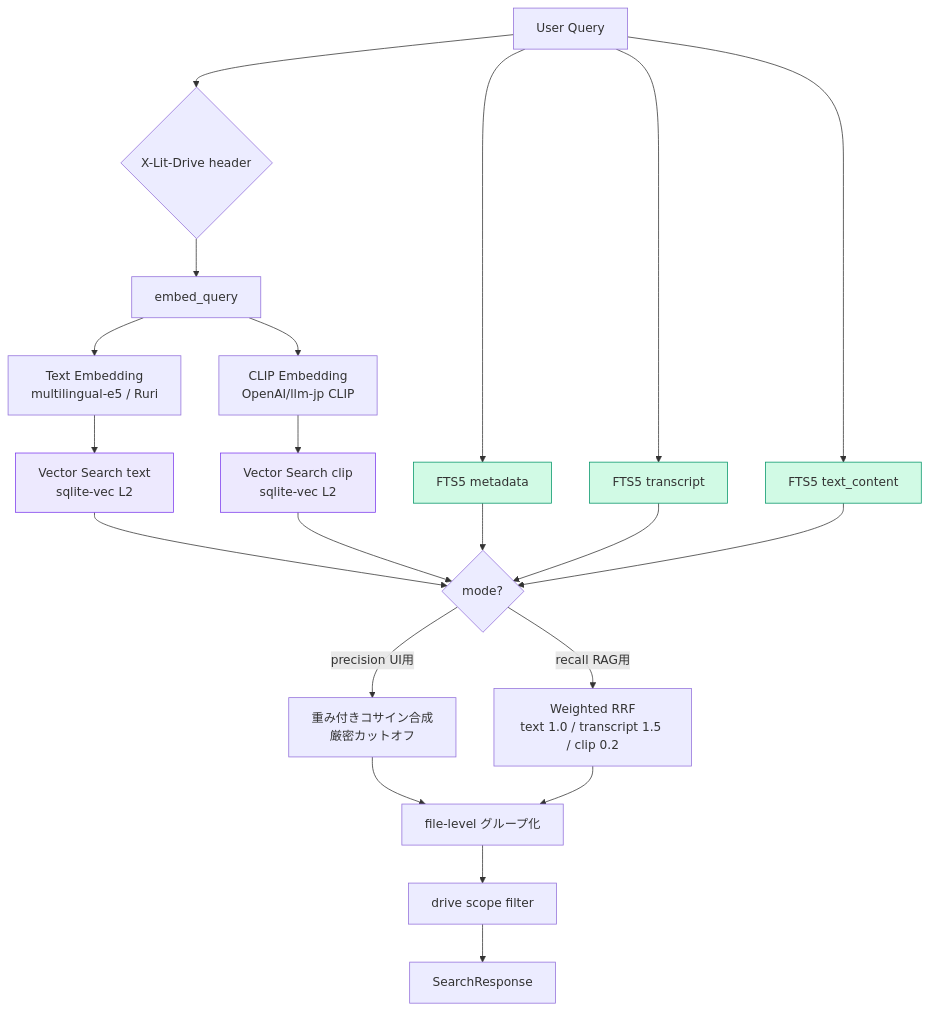
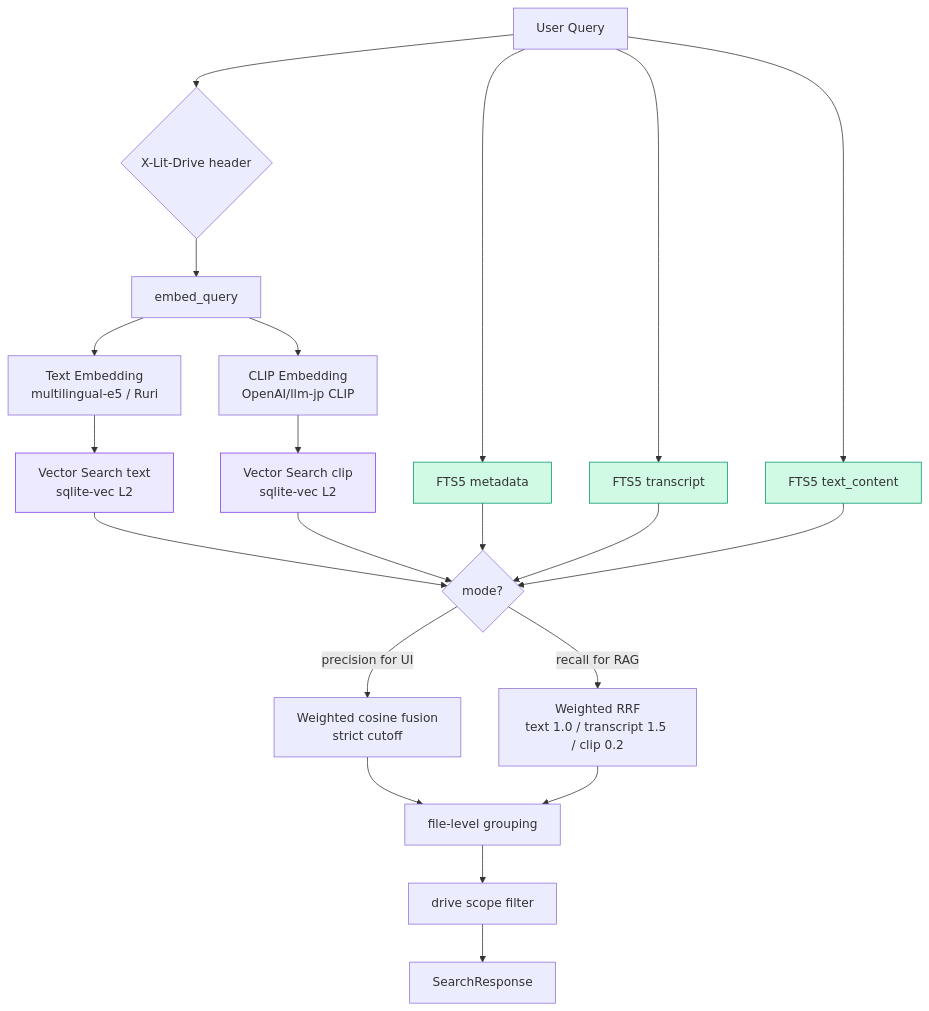
One commit to mamepenguin/Litloft changed the fifth of 6 diagrams in docs/FEATURE-MAP.md. Above: the diagram before and after it, drawn with Mermaid. The commit also changed other lines of this file and 11 other files, not shown here.

````diff
--- a/docs/FEATURE-MAP.md
+++ b/docs/FEATURE-MAP.md
@@ -189,26 +189,26 @@
 ```mermaid
 flowchart TD
   Q[User Query] --> H{X-Lit-Drive header}
   H --> E[embed_query]
   E --> ET[Text Embedding<br/>multilingual-e5 / Ruri]
   E --> EC[CLIP Embedding<br/>OpenAI/llm-jp CLIP]
 
   ET --> S1[Vector Search text<br/>sqlite-vec L2]
   EC --> S2[Vector Search clip<br/>sqlite-vec L2]
   Q --> S3[FTS5 metadata]
   Q --> S4[FTS5 transcript]
   Q --> S5[FTS5 text_content]
 
   S1 & S2 & S3 & S4 & S5 --> MODE{mode?}
-  MODE -->|precision UI用| P[重み付きコサイン合成<br/>厳密カットオフ]
-  MODE -->|recall RAG用| R[Weighted RRF<br/>text 1.0 / transcript 1.5 / clip 0.2]
+  MODE -->|precision for UI| P[Weighted cosine fusion<br/>strict cutoff]
+  MODE -->|recall for RAG| R[Weighted RRF<br/>text 1.0 / transcript 1.5 / clip 0.2]
 
-  P & R --> G[file-level グループ化]
+  P & R --> G[file-level grouping]
   G --> F[drive scope filter]
   F --> OUT[SearchResponse]
 
   classDef vec fill:#ede9fe,stroke:#7c3aed
   classDef fts fill:#d1fae5,stroke:#059669
   class S1,S2 vec
   class S3,S4,S5 fts
 ```
````
